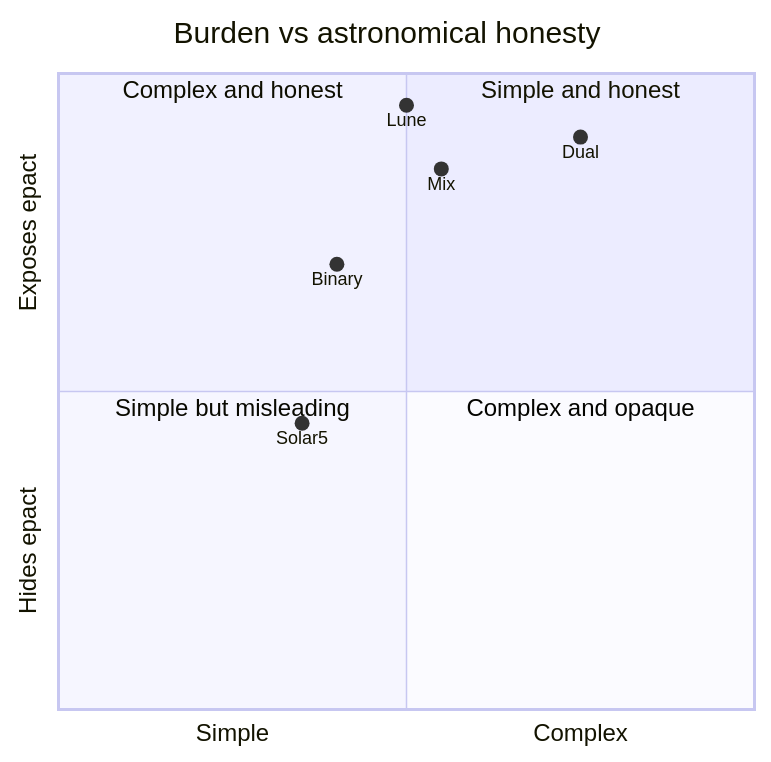
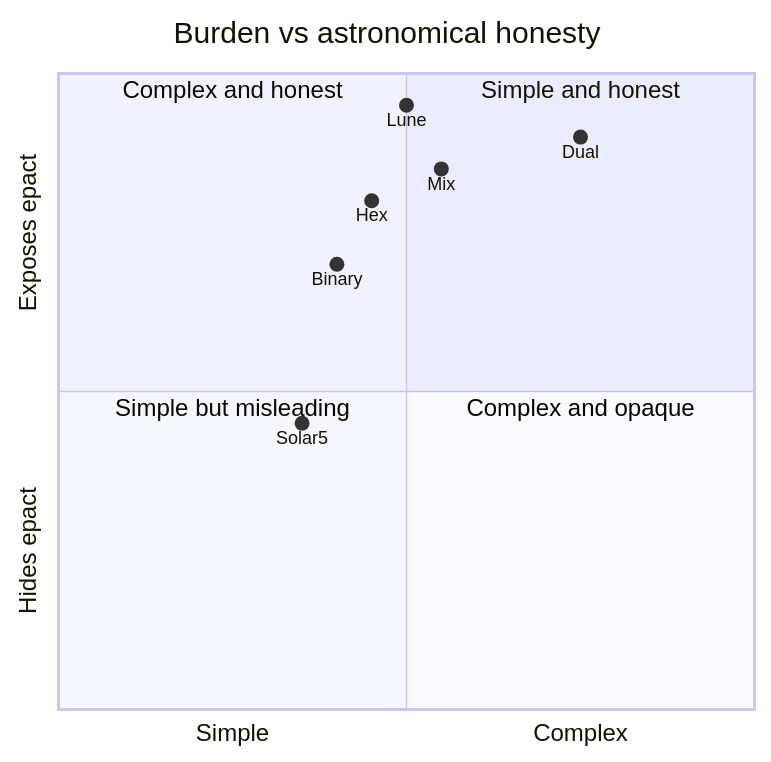
One commit to ProgrammerNomad/Epact changed the second of 4 diagrams in 06-visual/systems-quadrant.md. Above: the diagram before and after it, drawn with Mermaid. The commit also changed other lines of this file and 23 other files, not shown here.

````diff
--- a/06-visual/systems-quadrant.md
+++ b/06-visual/systems-quadrant.md
@@ -32,15 +33,16 @@
 ```mermaid
 quadrantChart
     title Burden vs astronomical honesty
     x-axis Simple --> Complex
     y-axis Hides epact --> Exposes epact
     quadrant-1 "Simple and honest"
     quadrant-2 "Complex and honest"
     quadrant-3 "Simple but misleading"
     quadrant-4 "Complex and opaque"
     Solar5: [0.35, 0.45]
     Binary: [0.40, 0.70]
+    Hex: [0.45, 0.80]
     Mix: [0.55, 0.85]
     Lune: [0.50, 0.95]
     Dual: [0.75, 0.90]
 ```
````
